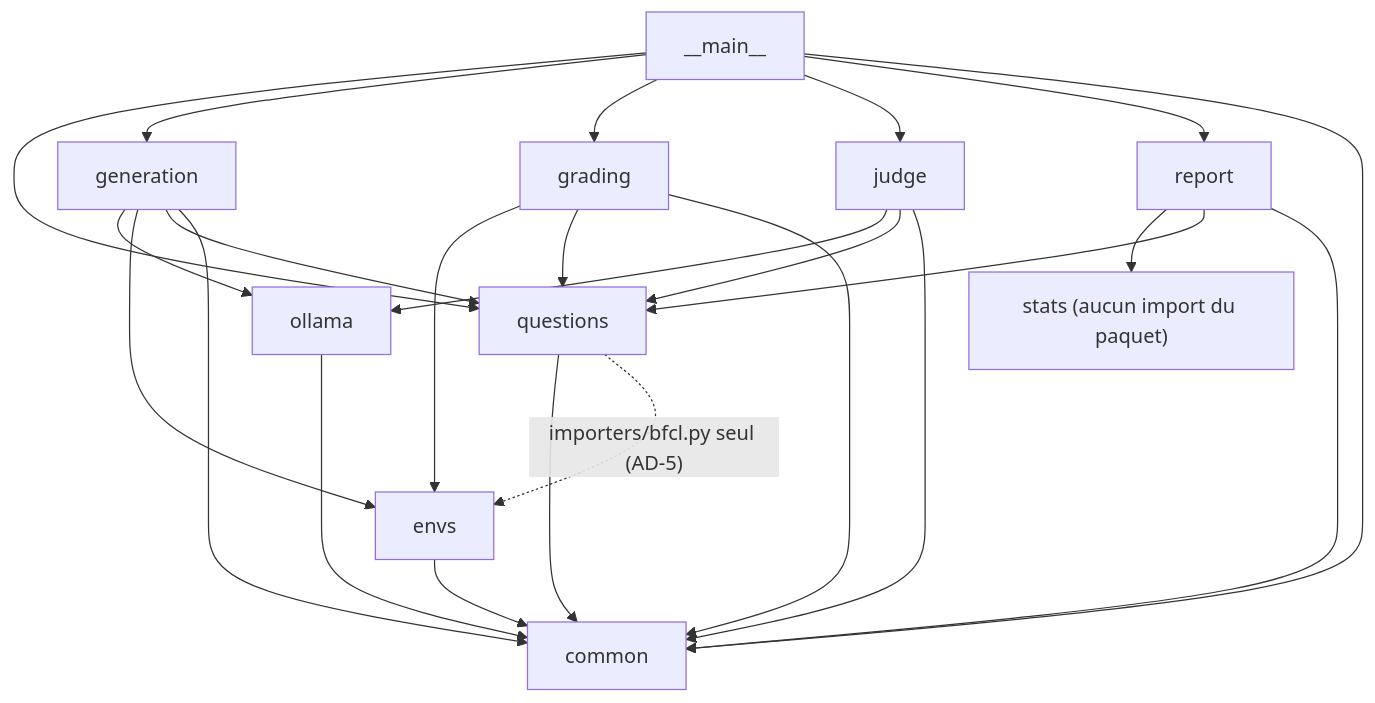
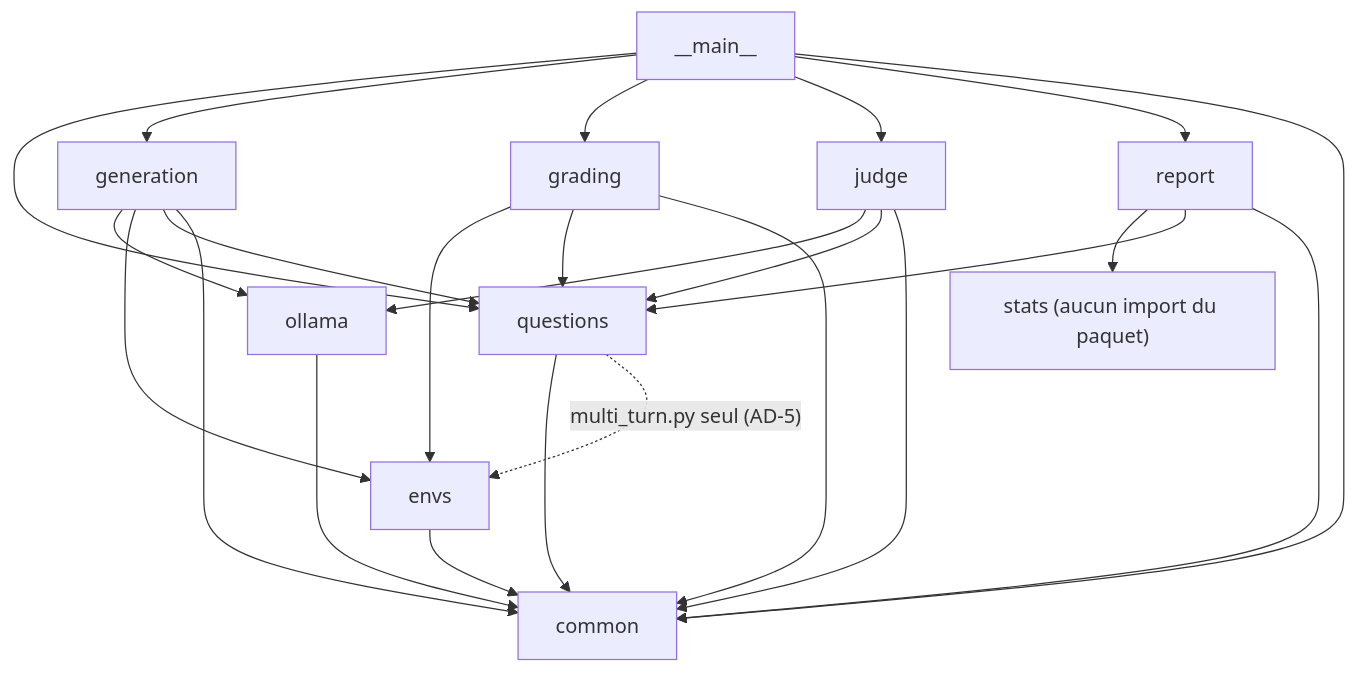
The second of 3 diagrams in _bmad-output/planning-artifacts/architecture/architecture-wavelocalai-2026-10-10/ARCHITECTURE-SPINE.md (Aliquanto3/wavelocalai), drawn with Mermaid before and after one commit. The commit also changed other lines of this file and 9 other files, not shown here.

````diff
--- a/_bmad-output/planning-artifacts/architecture/architecture-wavelocalai-2026-10-10/ARCHITECTURE-SPINE.md
+++ b/_bmad-output/planning-artifacts/architecture/architecture-wavelocalai-2026-10-10/ARCHITECTURE-SPINE.md
@@ -61,13 +61,13 @@
 ```mermaid
 flowchart TD
   main["__main__"] --> questions & generation & grading & judge & report & common
   generation --> ollama & envs & questions & common
   grading --> envs & questions & common
   judge --> ollama & questions & common
   report --> stats & questions & common
   questions --> common
-  questions -.->|"importers/bfcl.py seul (AD-5)"| envs
+  questions -.->|"multi_turn.py seul (AD-5)"| envs
   ollama --> common
   envs --> common
   stats["stats (aucun import du paquet)"]
 ```
````
